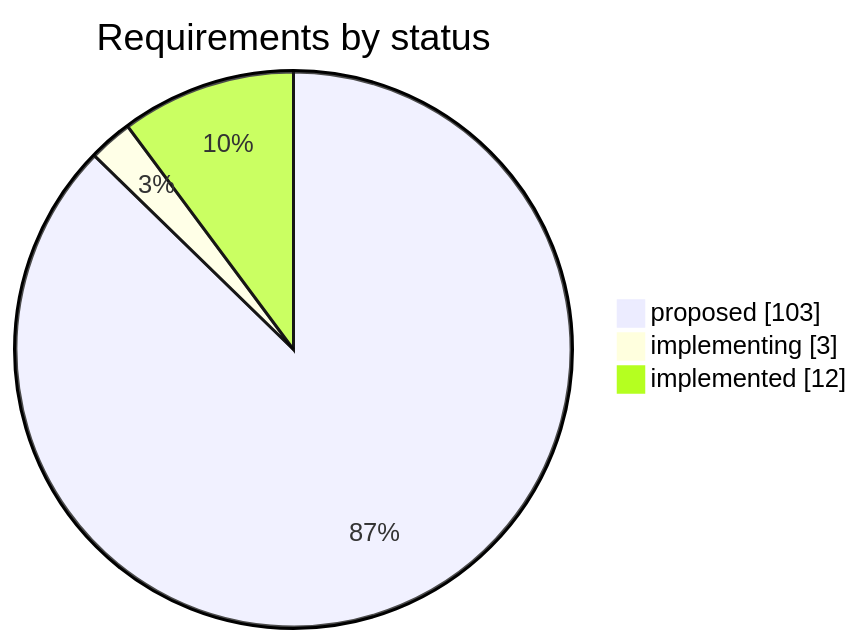
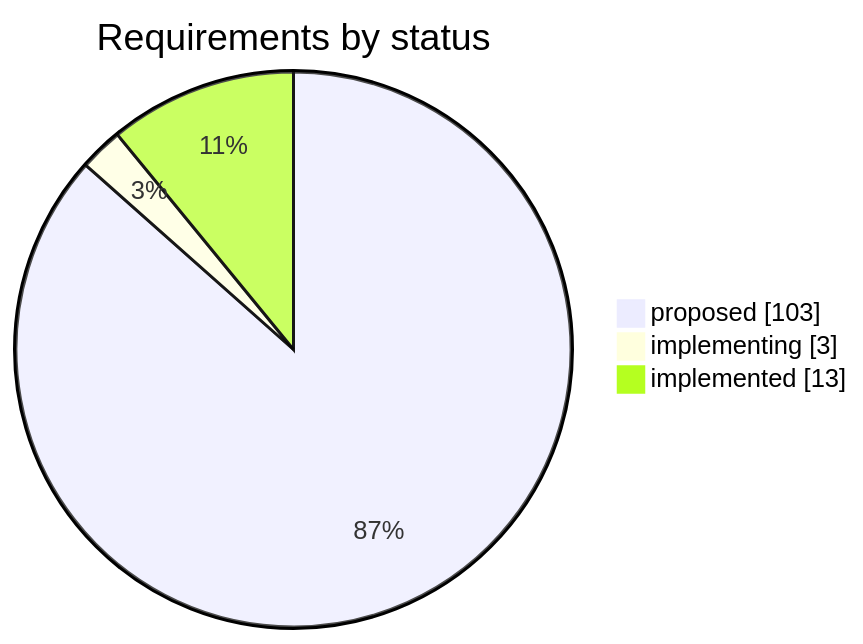
Before and after one commit to iammaxsu/automatic-testing-architecture: the first of 2 diagrams in STATUS.md, drawn with Mermaid. The commit also changed other lines of this file and 4 other files, not shown here.

````diff
--- a/STATUS.md
+++ b/STATUS.md
@@ -25,6 +25,6 @@
 ```mermaid
 pie showData title Requirements by status
     "proposed" : 103
     "implementing" : 3
-    "implemented" : 12
+    "implemented" : 13
 ```
````
